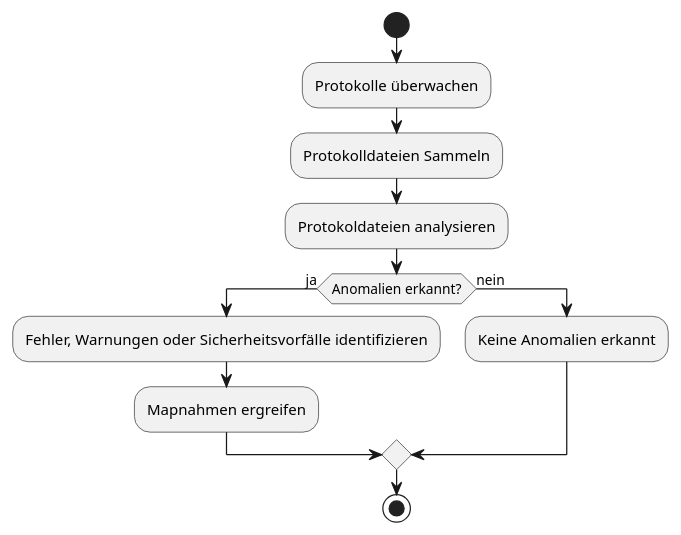
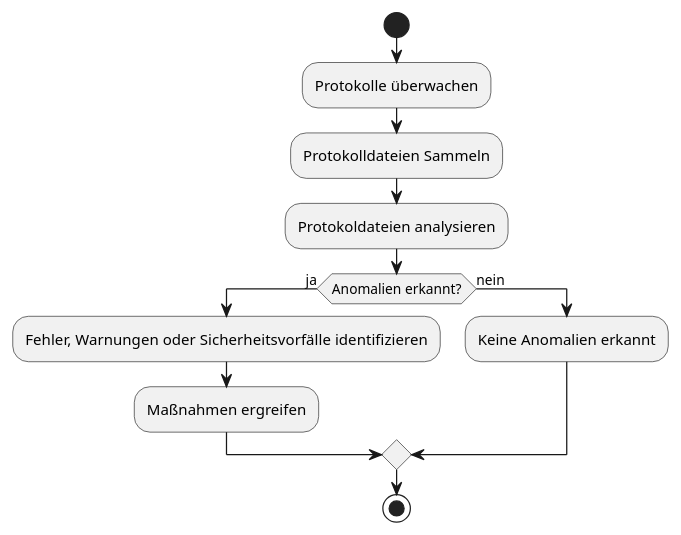
Before and after one commit to helenlaible/ss23-kba-project: the eighth of 14 diagrams in docs/2_planning/3_activity_diagrams.md, drawn with PlantUML. The commit also changed other lines of this file, not shown here.

````diff
--- a/docs/2_planning/3_activity_diagrams.md
+++ b/docs/2_planning/3_activity_diagrams.md
@@ -204,17 +210,17 @@
 ```plantuml Protokollüberwachung
 @startuml
 start
 
 :Protokolle überwachen;
 :Protokolldateien Sammeln;
 :Protokoldateien analysieren;
 if (Anomalien erkannt?) then (ja)
   :Fehler, Warnungen oder Sicherheitsvorfälle identifizieren;
-  :Mapnahmen ergreifen;
+  :Maßnahmen ergreifen;
 else (nein)
   :Keine Anomalien erkannt;
 endif
 
 stop
 @enduml
 ```
````
